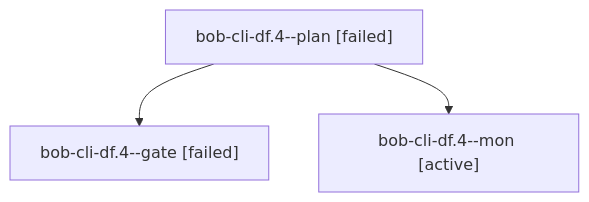
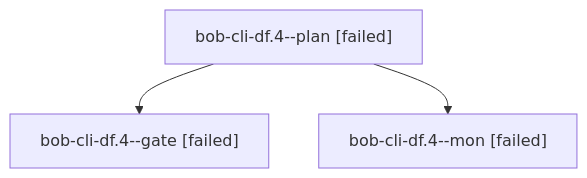
One commit to bobs-org/bob-cli--agents changed the diagram in sessions/bbugyi200.athena.bob-cli-df.4.md. Above: the diagram before and after it, drawn with Mermaid. The commit also changed other lines of this file and 97 other files, not shown here.

````diff
--- a/sessions/bbugyi200.athena.bob-cli-df.4.md
+++ b/sessions/bbugyi200.athena.bob-cli-df.4.md
@@ -9,8 +9,8 @@
 ```mermaid
 flowchart TD
   n0["bob-cli-df.4--plan [failed]"]
   n1["bob-cli-df.4--gate [failed]"]
   n0 --> n1
-  n2["bob-cli-df.4--mon [active]"]
+  n2["bob-cli-df.4--mon [failed]"]
   n0 --> n2
 ```
````
